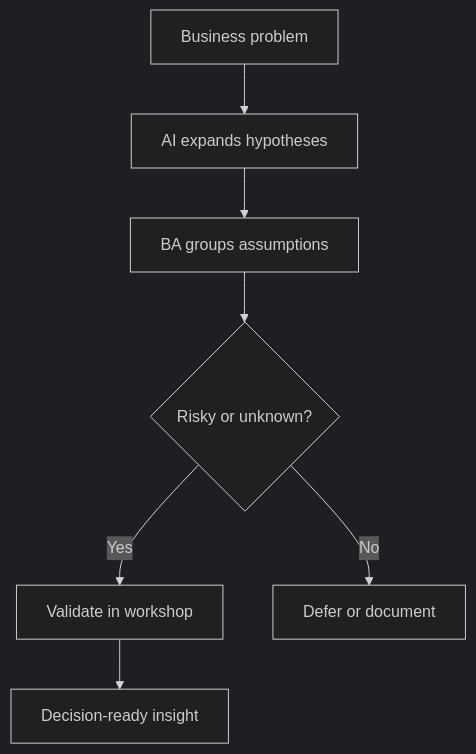
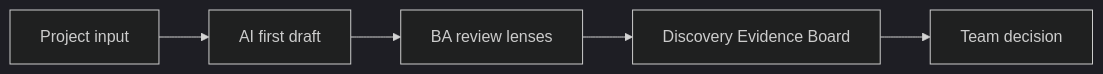
One commit to anhtnt90dev/ai-for-ba changed the first of 2 diagrams in docs/en/lessons/discovery-with-ai/index.md. Above: the diagram before and after it, drawn with Mermaid (dark theme). The commit also changed other lines of this file and 40 other files, not shown here.

````diff
--- a/docs/en/lessons/discovery-with-ai/index.md
+++ b/docs/en/lessons/discovery-with-ai/index.md
@@ -68,9 +84,12 @@
 ```mermaid
-flowchart TD
-    A["Business problem"] --> B["AI expands hypotheses"]
-    B --> C["BA groups assumptions"]
-    C --> D{"Risky or unknown?"}
-    D -->|Yes| E["Validate in workshop"]
-    D -->|No| F["Defer or document"]
-    E --> G["Decision-ready insight"]
+flowchart LR
+    A["Project input"]
+    B["AI first draft"]
+    A --> B
+    C["BA review lenses"]
+    B --> C
+    D["Discovery Evidence Board"]
+    C --> D
+    E["Team decision"]
+    D --> E
 ```
````
